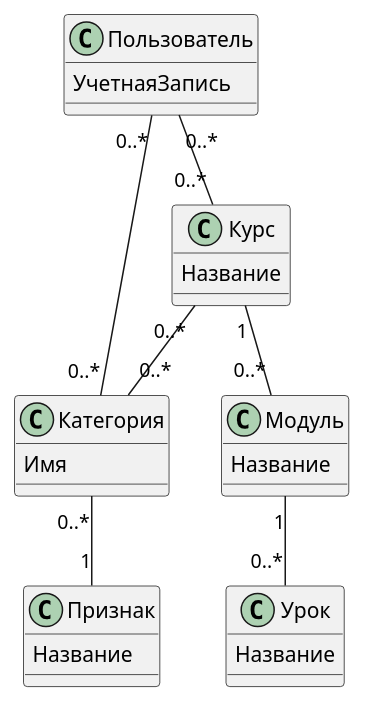
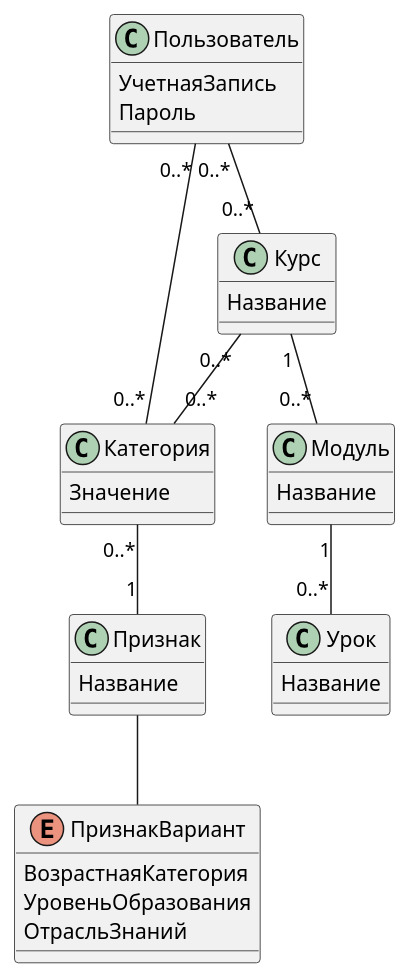
One commit to karpoftea/mts-kata-2023 changed the second of 3 diagrams in docs/domain/model.md. Above: the diagram before and after it, drawn with PlantUML. The commit also changed other lines of this file and 1 other file, not shown here.

````diff
--- a/docs/domain/model.md
+++ b/docs/domain/model.md
@@ -76,45 +87,54 @@
 ```plantuml
 @startuml
 
 top to bottom direction
 
 Категория "0..*" -- "1" Признак
 Пользователь "0..*" -- "0..*" Категория
+Признак -- ПризнакВариант
 
 class Пользователь
     {
         УчетнаяЗапись
+        Пароль
     }
 
 class Категория
     {
-        Имя
+        Значение
     }
 
 class Признак
     {
         Название
+    }
+
+enum ПризнакВариант
+    {
+        ВозрастнаяКатегория
+        УровеньОбразования
+        ОтрасльЗнаний
     }
 
 Пользователь "0..*" -- "0..*" Курс
 Курс "1" -- "0..*" Модуль
 Модуль "1" -- "0..*" Урок
 Курс "0..*" -- "0..*" Категория
 
 class Курс
     {
         Название
     }
 
 class Модуль
     {
         Название
     }
 
 class Урок
     {
         Название
     }
 
 @enduml
 ```
````
